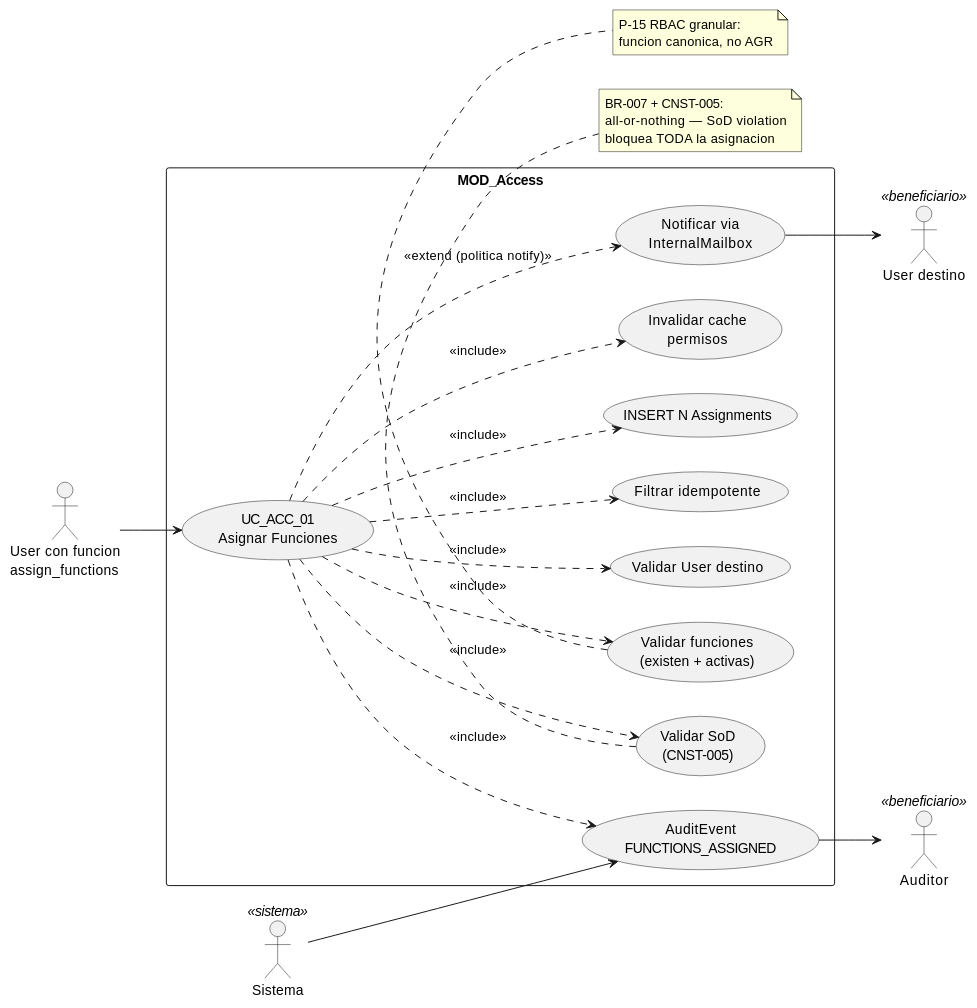
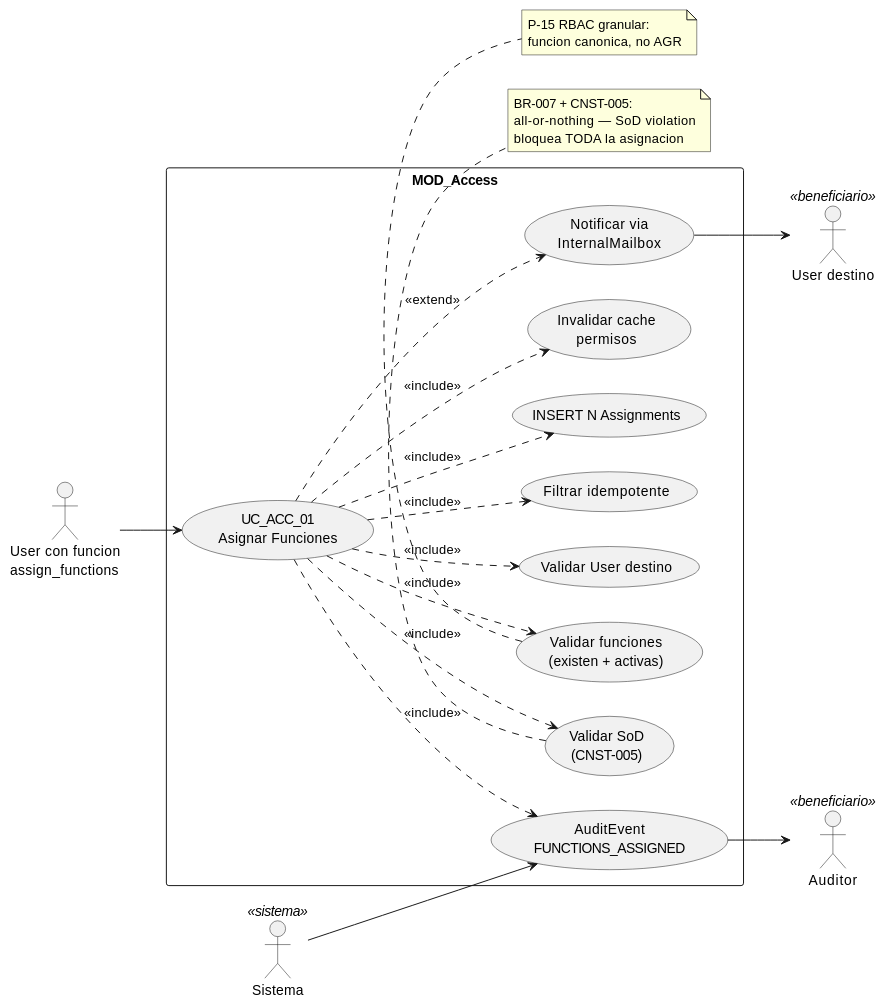
The first of 5 diagrams in source/requisitos/casos-uso/access/uc-acc-01/diagramas-uml.rst (jcg-admin/IACT-docs), drawn with PlantUML before and after one commit. The commit also changed other lines of this file and 6 other files, not shown here.

```diff
--- a/source/requisitos/casos-uso/access/uc-acc-01/diagramas-uml.rst
+++ b/source/requisitos/casos-uso/access/uc-acc-01/diagramas-uml.rst
@@ -10,48 +10,48 @@
 .. uml::
  :caption: UC_ACC_01 — actores y casos asociados
 
  @startuml
 
  left to right direction
 
  actor "User con funcion\nassign_functions" as INVOKER
  actor "User destino" as TARGET <<beneficiario>>
  actor "Auditor" as AUD <<beneficiario>>
  actor "Sistema" as SYS <<sistema>>
 
  rectangle "MOD_Access" {
    usecase "UC_ACC_01\nAsignar Funciones" as UC01
    usecase "Validar User destino" as VUSER
    usecase "Validar funciones\n(existen + activas)" as VFUN
    usecase "Filtrar idempotente" as IDEM
    usecase "Validar SoD\n(CNST-005)" as VSOD
    usecase "INSERT N Assignments" as INS
    usecase "Invalidar cache\npermisos" as CACHE
    usecase "Notificar via\nInternalMailbox" as NOT
    usecase "AuditEvent\nFUNCTIONS_ASSIGNED" as EMI
  }
 
  INVOKER --> UC01
  UC01 ..> VUSER : <<include>>
  UC01 ..> VFUN : <<include>>
  UC01 ..> IDEM : <<include>>
  UC01 ..> VSOD : <<include>>
  UC01 ..> INS : <<include>>
  UC01 ..> CACHE : <<include>>
- UC01 ..> NOT : <<extend (politica notify)>>
+ UC01 ..> NOT : <<extend>>
  UC01 ..> EMI : <<include>>
  NOT --> TARGET
  SYS --> EMI
  EMI --> AUD
 
  note bottom of VSOD
    BR-007 + CNST-005:
    all-or-nothing — SoD violation
    bloquea TODA la asignacion
  end note
  note bottom of VFUN
    P-15 RBAC granular:
    funcion canonica, no AGR
  end note
 
  @enduml
```
